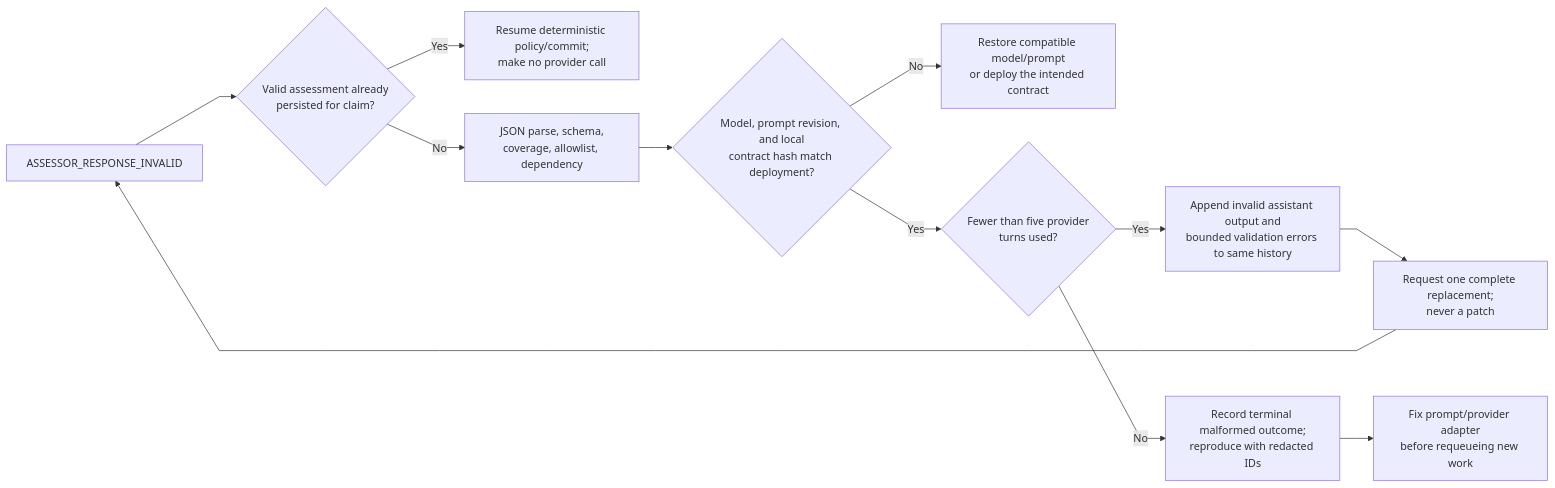
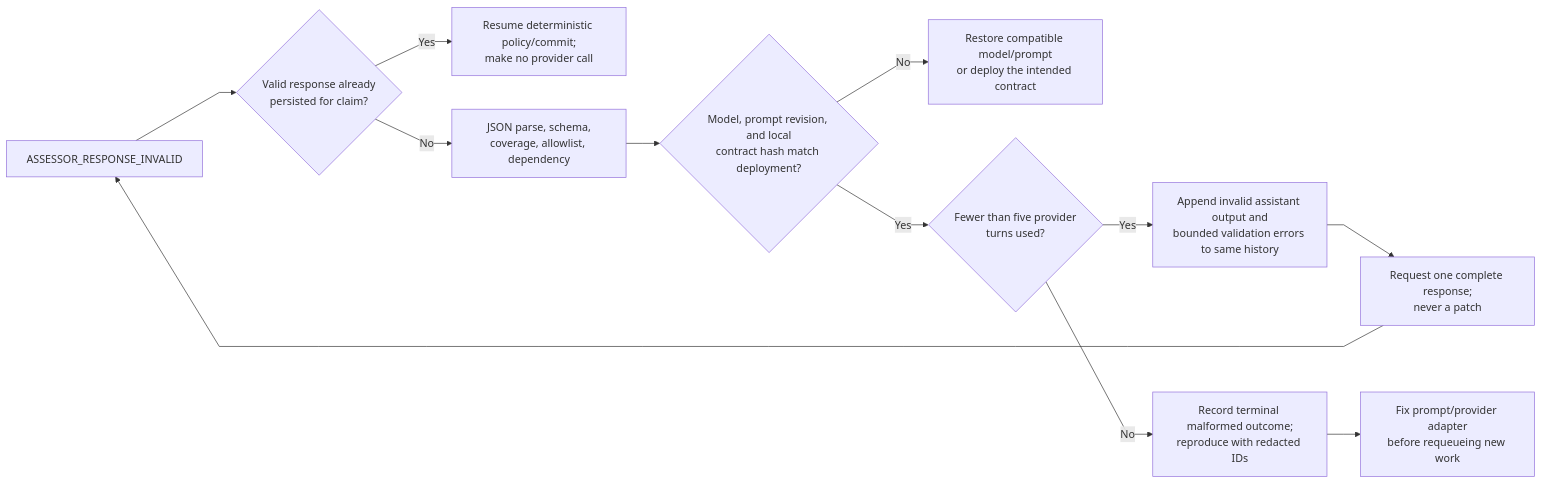
Before and after one commit to markhuangai/dense-mem: the fifth of 10 diagrams in Operations-Runbook.md, drawn with Mermaid. The commit also changed other lines of this file and 20 other files, not shown here.

````diff
--- a/Operations-Runbook.md
+++ b/Operations-Runbook.md
@@ -457,15 +445,15 @@
 ```mermaid
 %%{init: {"flowchart": {"curve": "linear"}}}%%
 flowchart LR
-  Invalid["ASSESSOR_RESPONSE_INVALID"] --> Persisted{"Valid assessment already<br/>persisted for claim?"}
+  Invalid["ASSESSOR_RESPONSE_INVALID"] --> Persisted{"Valid response already<br/>persisted for claim?"}
   Persisted -- Yes --> Resume["Resume deterministic policy/commit;<br/>make no provider call"]
   Persisted -- No --> Classify["JSON parse, schema,<br/>coverage, allowlist, dependency"]
   Classify --> Contract{"Model, prompt revision, and local<br/>contract hash match deployment?"}
   Contract -- No --> Rollback["Restore compatible model/prompt<br/>or deploy the intended contract"]
   Contract -- Yes --> Turns{"Fewer than five provider<br/>turns used?"}
   Turns -- Yes --> Correct["Append invalid assistant output and<br/>bounded validation errors to same history"]
-  Correct --> Replace["Request one complete replacement;<br/>never a patch"]
+  Correct --> Replace["Request one complete response;<br/>never a patch"]
   Replace --> Invalid
   Turns -- No --> Reproduce["Record terminal malformed outcome;<br/>reproduce with redacted IDs"]
   Reproduce --> Fix["Fix prompt/provider adapter<br/>before requeueing new work"]
 ```
````
